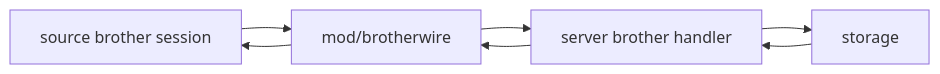
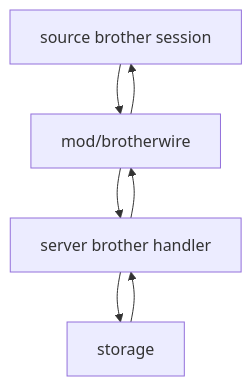
Before and after one commit to voluminor/yggvault: the diagram in mod/brotherwire/README.md, drawn with Mermaid. The commit also changed other lines of this file and 333 other files, not shown here.

````diff
--- a/mod/brotherwire/README.md
+++ b/mod/brotherwire/README.md
@@ -10,9 +10,9 @@
 ```mermaid
-flowchart LR
+flowchart TB
   client["source brother session"] --> wire["mod/brotherwire"]
   wire --> server["server brother handler"]
   server --> store["storage"]
   store --> server
   server --> wire
   wire --> client
 ```
````
